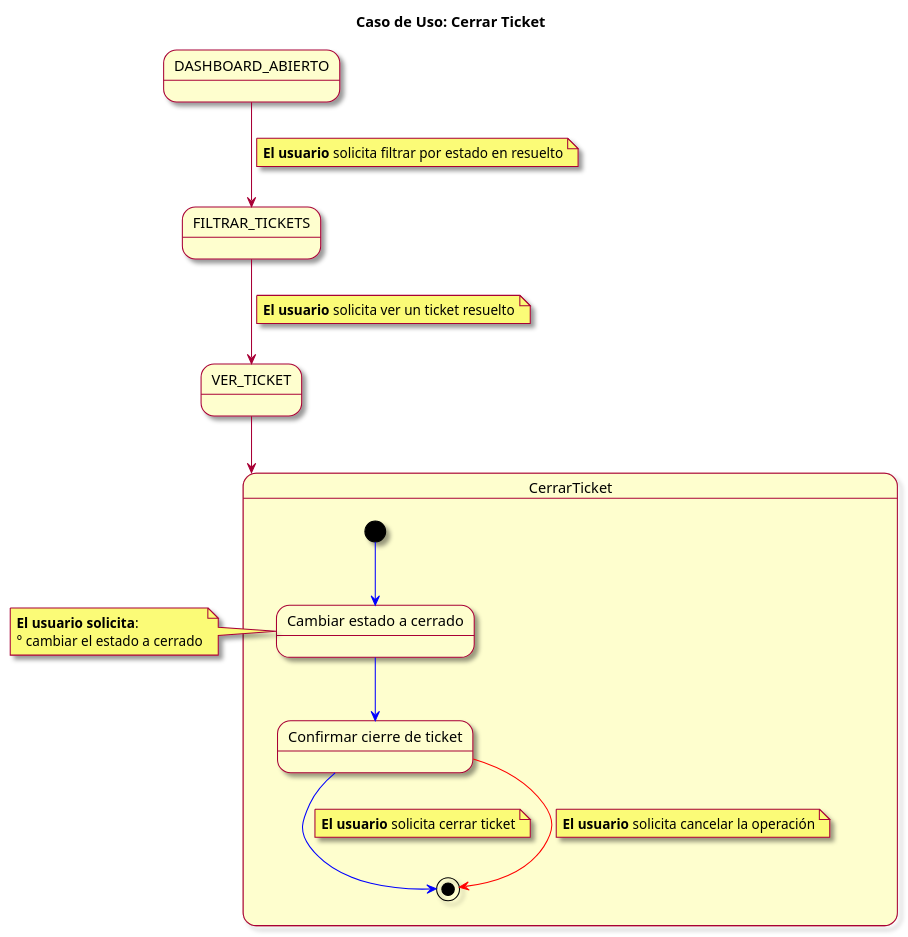
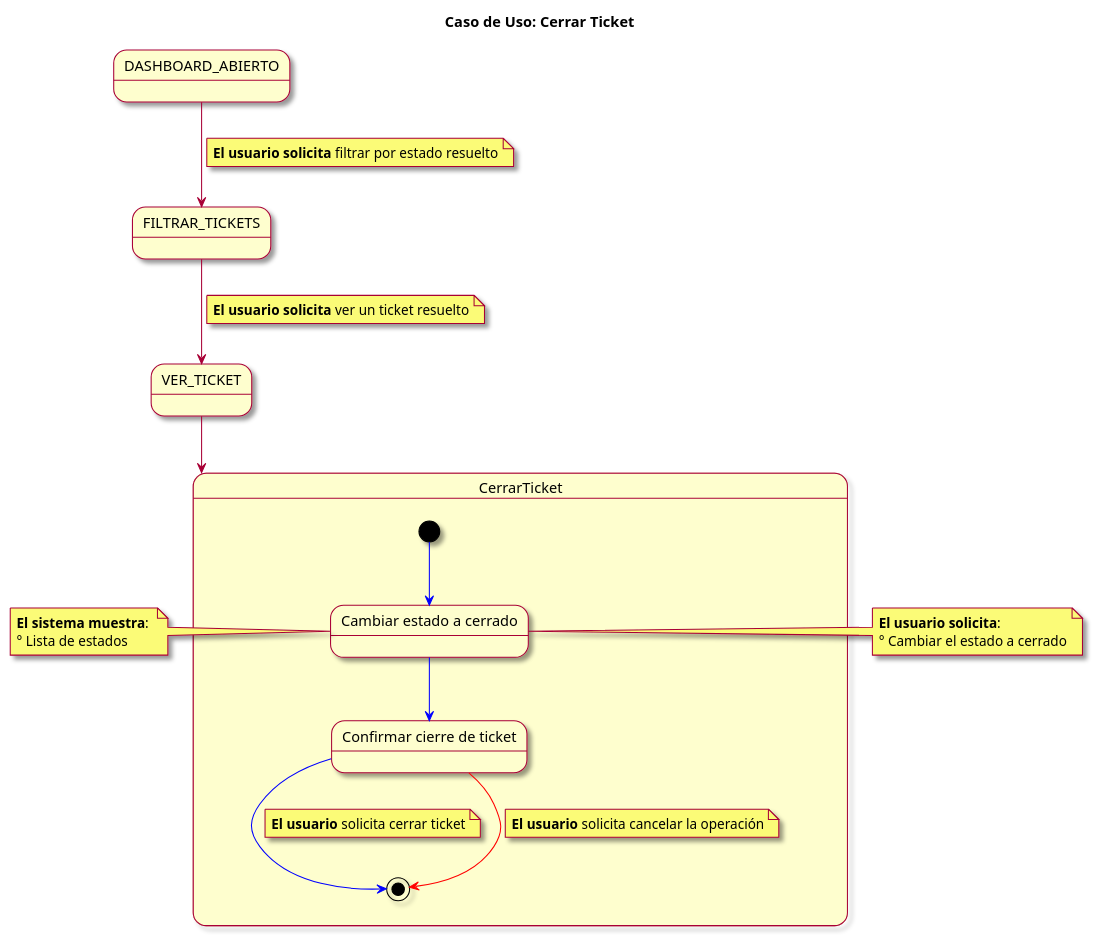
The diagram in modelosUML/CasosDeUsos/CasosDetallados/CerrarTicket.puml (mmasias/23-24-IdSw1-SDR), drawn with PlantUML before and after one commit. The commit also changed 8 other files, not shown here.

```diff
--- a/modelosUML/CasosDeUsos/CasosDetallados/CerrarTicket.puml
+++ b/modelosUML/CasosDeUsos/CasosDetallados/CerrarTicket.puml
@@ -1,35 +1,39 @@
 @startuml
 skin rose
 title Caso de Uso: Cerrar Ticket
 
 state DASHBOARD_ABIERTO
 state VER_TICKET
 state FILTRAR_TICKETS
 
 DASHBOARD_ABIERTO --> FILTRAR_TICKETS
-note on link: **El usuario** solicita filtrar por estado en resuelto
+note on link: **El usuario solicita** filtrar por estado resuelto
 FILTRAR_TICKETS --> VER_TICKET
-note on link: **El usuario** solicita ver un ticket resuelto
+note on link: **El usuario solicita** ver un ticket resuelto
 VER_TICKET --> CerrarTicket
 
 state CerrarTicket {
 
   [*] -[#blue]-> ingresarVerTicket
   state "Cambiar estado a cerrado" as ingresarVerTicket
   ingresarVerTicket -[#blue]-> confirmarCierre
   state "Confirmar cierre de ticket" as confirmarCierre
   confirmarCierre -[#blue]-> [*]
   note on link: **El usuario** solicita cerrar ticket
     
   confirmarCierre -[#red]-> [*]
   note on link: **El usuario** solicita cancelar la operación
     
 }
 
+note left of ingresarVerTicket
+  **El sistema muestra**: 
+  ° Lista de estados
+end note
 
 note left of ingresarVerTicket
   **El usuario solicita**: 
-  ° cambiar el estado a cerrado
+  ° Cambiar el estado a cerrado
 end note
 
 @enduml
```
